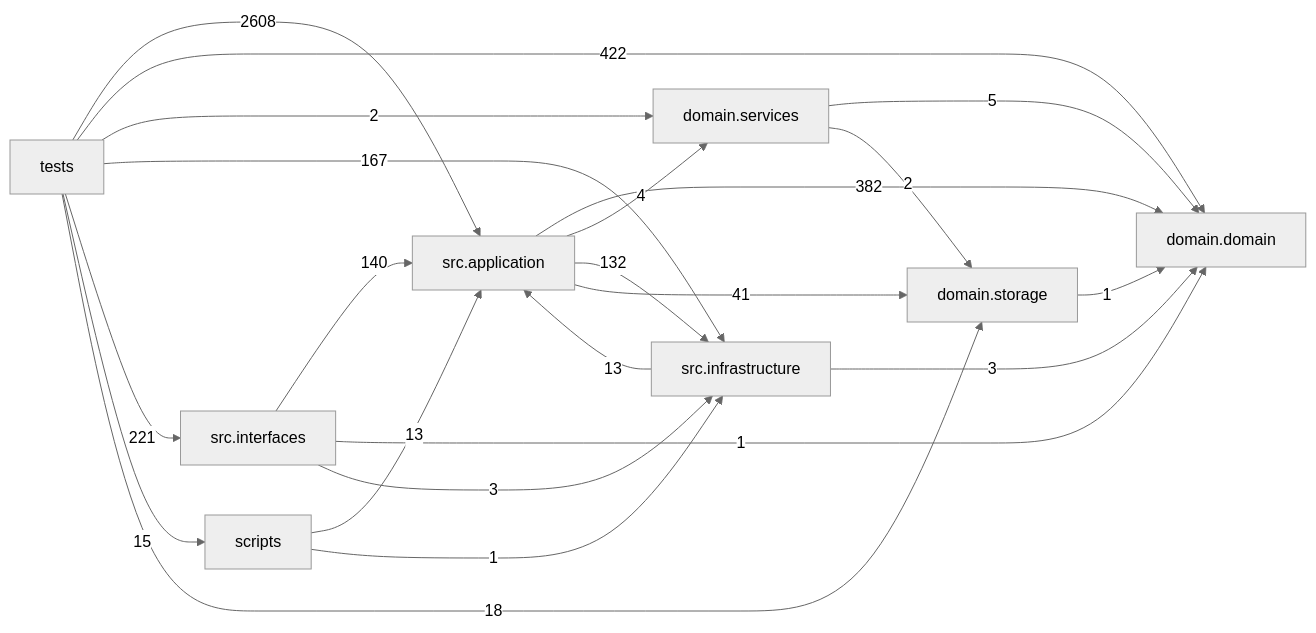
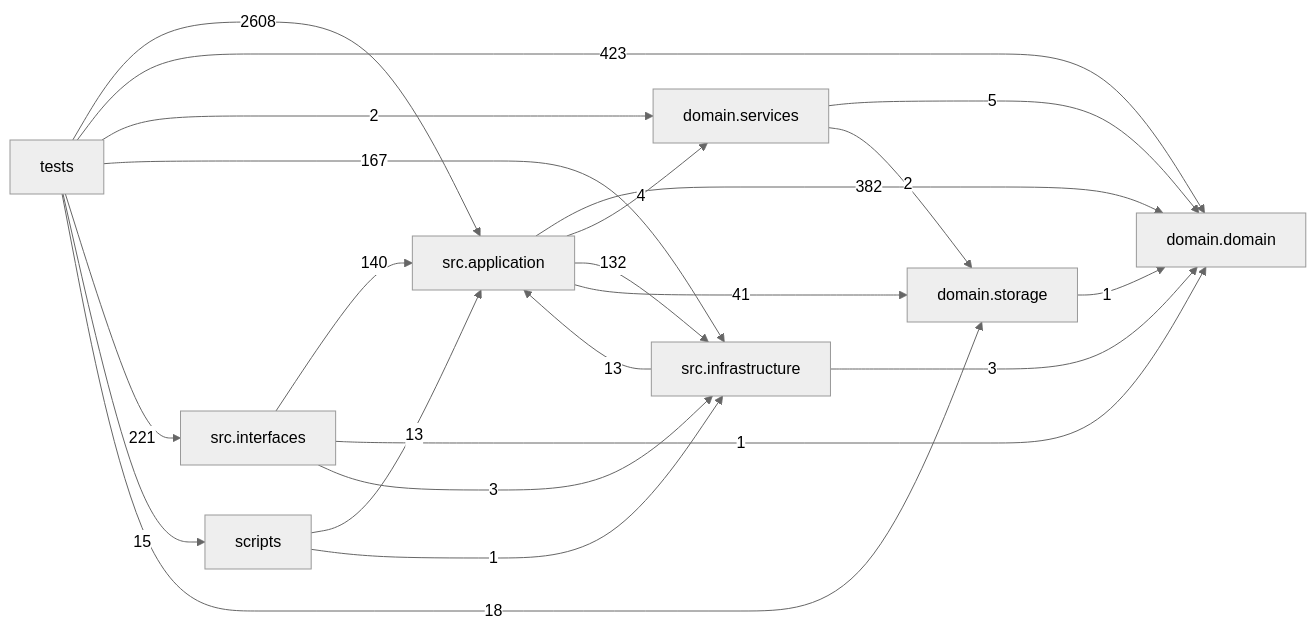
Before and after one commit to liuxie066/options-monitor: the diagram in docs/DEPENDENCY_GRAPH.md, drawn with Mermaid (neutral theme). The commit also changed other lines of this file and 13 other files, not shown here.

````diff
--- a/docs/DEPENDENCY_GRAPH.md
+++ b/docs/DEPENDENCY_GRAPH.md
@@ -24,32 +24,32 @@
 ```mermaid
 flowchart LR
   tests["tests"]
   scripts["scripts"]
   interfaces["src.interfaces"]
   application["src.application"]
   infrastructure["src.infrastructure"]
   domain_services["domain.services"]
   domain["domain.domain"]
   storage["domain.storage"]
   application -->|382| domain
   application -->|4| domain_services
   application -->|132| infrastructure
   application -->|41| storage
   domain_services -->|5| domain
   domain_services -->|2| storage
   infrastructure -->|13| application
   infrastructure -->|3| domain
   interfaces -->|140| application
   interfaces -->|1| domain
   interfaces -->|3| infrastructure
   scripts -->|13| application
   scripts -->|1| infrastructure
   storage -->|1| domain
   tests -->|2608| application
-  tests -->|422| domain
+  tests -->|423| domain
   tests -->|2| domain_services
   tests -->|167| infrastructure
   tests -->|221| interfaces
   tests -->|15| scripts
   tests -->|18| storage
 ```
````
